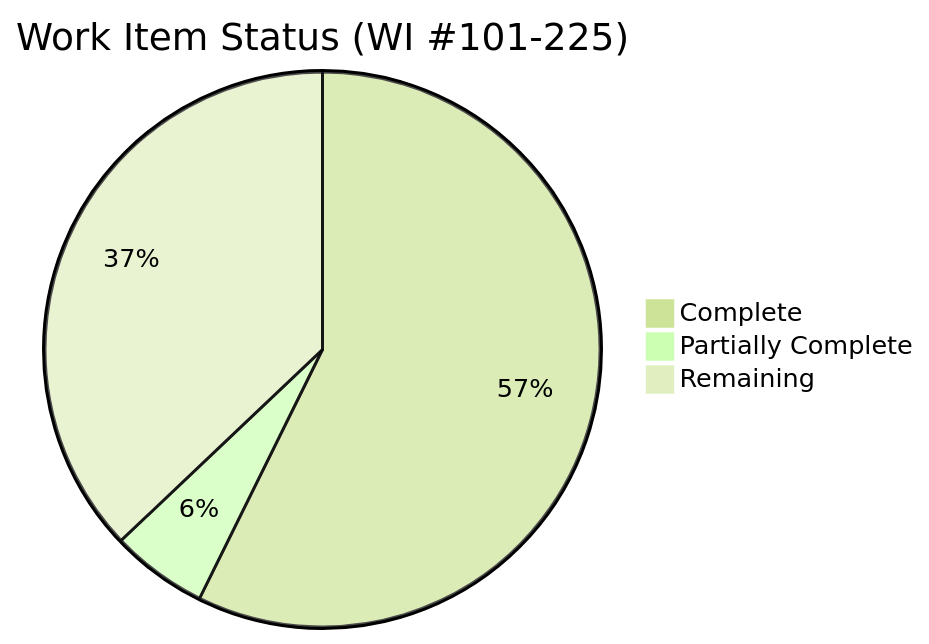
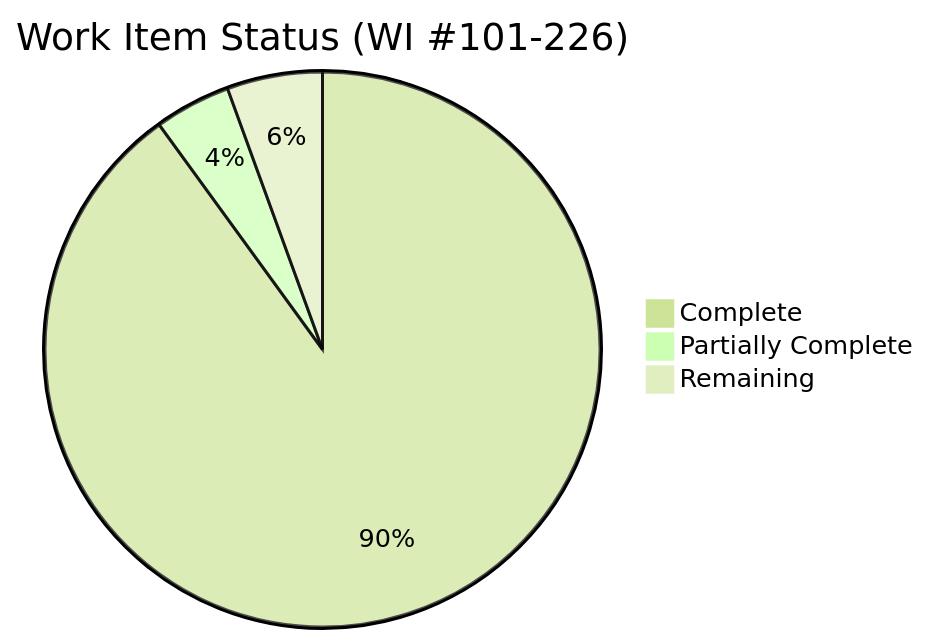
The first of 3 diagrams in docs/BACKLOG-NEW-WORK-ITEMS.md (Remaker-Digital/groundtruth-kb), drawn with Mermaid (forest theme) before and after one commit. The commit also changed other lines of this file and 117 other files, not shown here.

First line of the commit message:
Complete all 7 pre-launch work items (WI-A through WI-G)

````diff
--- a/docs/BACKLOG-NEW-WORK-ITEMS.md
+++ b/docs/BACKLOG-NEW-WORK-ITEMS.md
@@ -15,6 +15,6 @@
 ```mermaid
-pie title Work Item Status (WI #101-225)
-    "Complete" : 51
-    "Partially Complete" : 5
-    "Remaining" : 33
+pie title Work Item Status (WI #101-226)
+    "Complete" : 81
+    "Partially Complete" : 4
+    "Remaining" : 5
 ```
````
